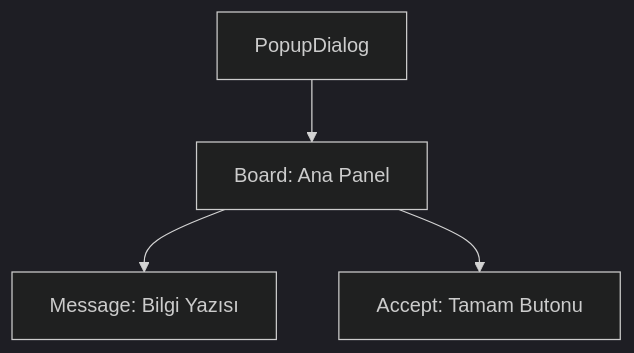
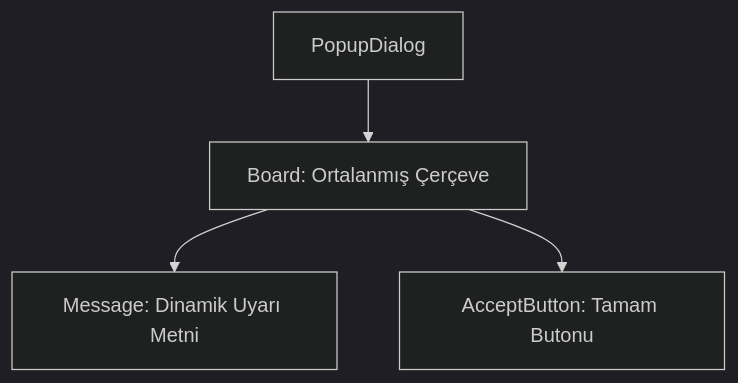
The diagram in uiscript/popupdialog/skills.md (Engin622/Metin2-Pack-Agent-Skills), drawn with Mermaid (dark theme) before and after one commit. The commit also changed other lines of this file and 65 other files, not shown here.

````diff
--- a/uiscript/popupdialog/skills.md
+++ b/uiscript/popupdialog/skills.md
@@ -25,6 +31,6 @@
 ```mermaid
 graph TD
-    A[PopupDialog] --> B[Board: Ana Panel]
-    B --> C[Message: Bilgi Yazısı]
-    B --> D[Accept: Tamam Butonu]
+    A[PopupDialog] --> B[Board: Ortalanmış Çerçeve]
+    B --> C[Message: Dinamik Uyarı Metni]
+    B --> D[AcceptButton: Tamam Butonu]
 ```
````
